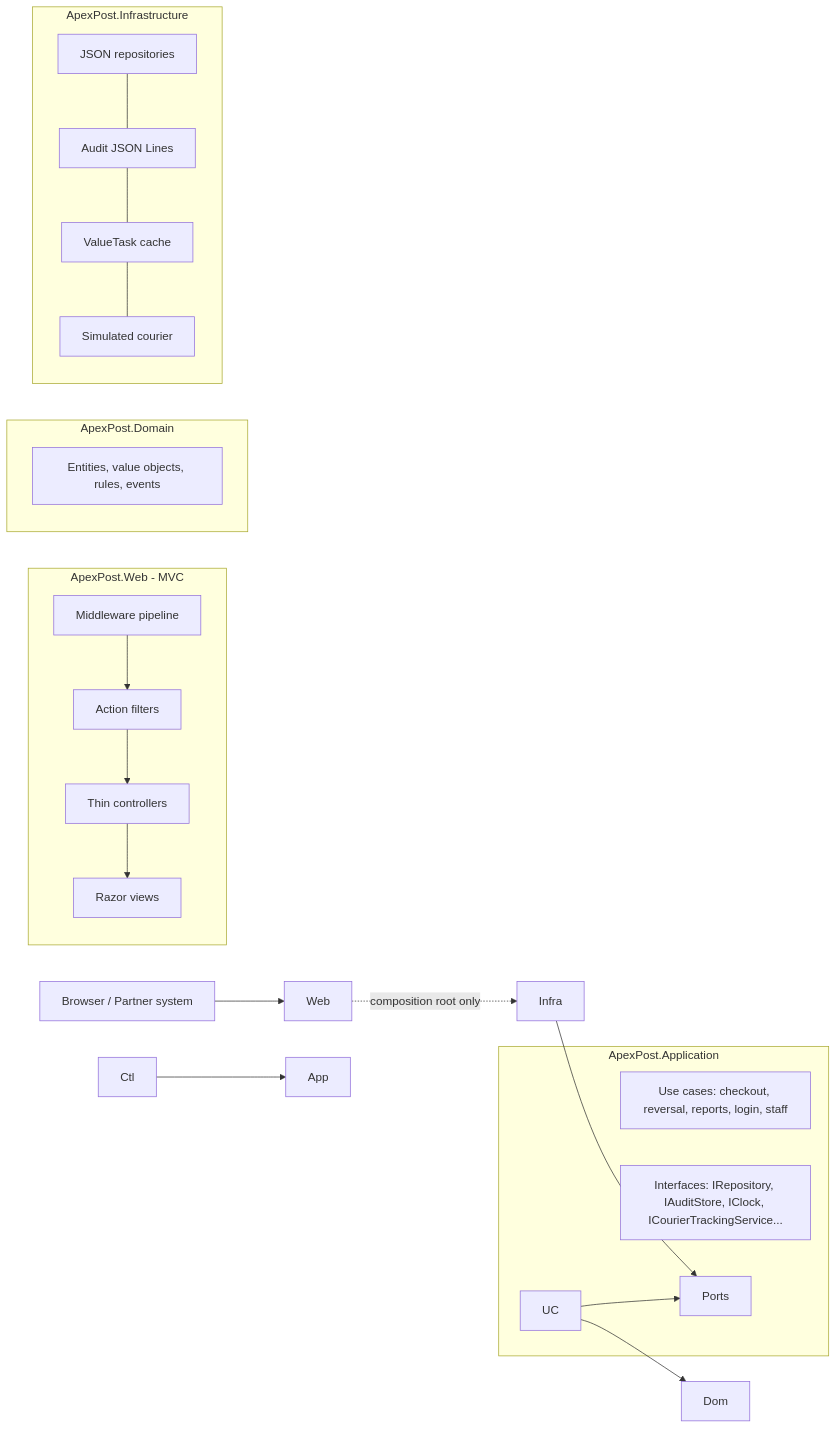
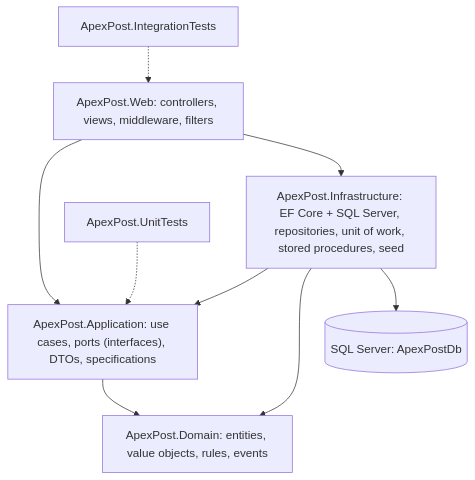
Before and after one commit to r109431968/ApexPost-Logistics: the first of 4 diagrams in DESIGN.md, drawn with Mermaid. The commit also changed other lines of this file and 49 other files, not shown here.

First line of the commit message:
Week 3: stored-procedure services, price revision, SQL integration tests, perf scripts, ADRs and docs

````diff
--- a/DESIGN.md
+++ b/DESIGN.md
@@ -37,22 +17,11 @@
 ```mermaid
-flowchart LR
-    Browser\\\\\\\\\\\\\\\\\\\\\\\\\\\\\\\[Browser / Partner system] --> Web
-    subgraph Web\\\\\\\\\\\\\\\\\\\\\\\\\\\\\\\[ApexPost.Web - MVC]
-        MW\\\\\\\\\\\\\\\\\\\\\\\\\\\\\\\[Middleware pipeline] --> Filters\\\\\\\\\\\\\\\\\\\\\\\\\\\\\\\[Action filters] --> Ctl\\\\\\\\\\\\\\\\\\\\\\\\\\\\\\\[Thin controllers] --> Views\\\\\\\\\\\\\\\\\\\\\\\\\\\\\\\[Razor views]
-    end
-    Ctl --> App
-    subgraph App\\\\\\\\\\\\\\\\\\\\\\\\\\\\\\\[ApexPost.Application]
-        UC\\\\\\\\\\\\\\\\\\\\\\\\\\\\\\\[Use cases: checkout, reversal, reports, login, staff]
-        Ports\\\\\\\\\\\\\\\\\\\\\\\\\\\\\\\[Interfaces: IRepository, IAuditStore, IClock, ICourierTrackingService...]
-        UC --> Ports
-    end
-    UC --> Dom
-    subgraph Dom\\\\\\\\\\\\\\\\\\\\\\\\\\\\\\\[ApexPost.Domain]
-        Ent\\\\\\\\\\\\\\\\\\\\\\\\\\\\\\\[Entities, value objects, rules, events]
-    end
-    Infra --> Ports
-    subgraph Infra\\\\\\\\\\\\\\\\\\\\\\\\\\\\\\\[ApexPost.Infrastructure]
-        Json\\\\\\\\\\\\\\\\\\\\\\\\\\\\\\\[JSON repositories] --- Audit\\\\\\\\\\\\\\\\\\\\\\\\\\\\\\\[Audit JSON Lines] --- Cache\\\\\\\\\\\\\\\\\\\\\\\\\\\\\\\[ValueTask cache] --- Courier\\\\\\\\\\\\\\\\\\\\\\\\\\\\\\\[Simulated courier]
-    end
-    Web -.composition root only.-> Infra
+flowchart TD
+    Web["ApexPost.Web: controllers, views, middleware, filters"] --> App
+    Web --> Infra
+    App["ApexPost.Application: use cases, ports (interfaces), DTOs, specifications"] --> Dom["ApexPost.Domain: entities, value objects, rules, events"]
+    Infra["ApexPost.Infrastructure: EF Core + SQL Server, repositories, unit of work, stored procedures, seed"] --> App
+    Infra --> Dom
+    Infra --> SQL[("SQL Server: ApexPostDb")]
+    UT["ApexPost.UnitTests"] -.-> App
+    IT["ApexPost.IntegrationTests"] -.-> Web
 ```
````
